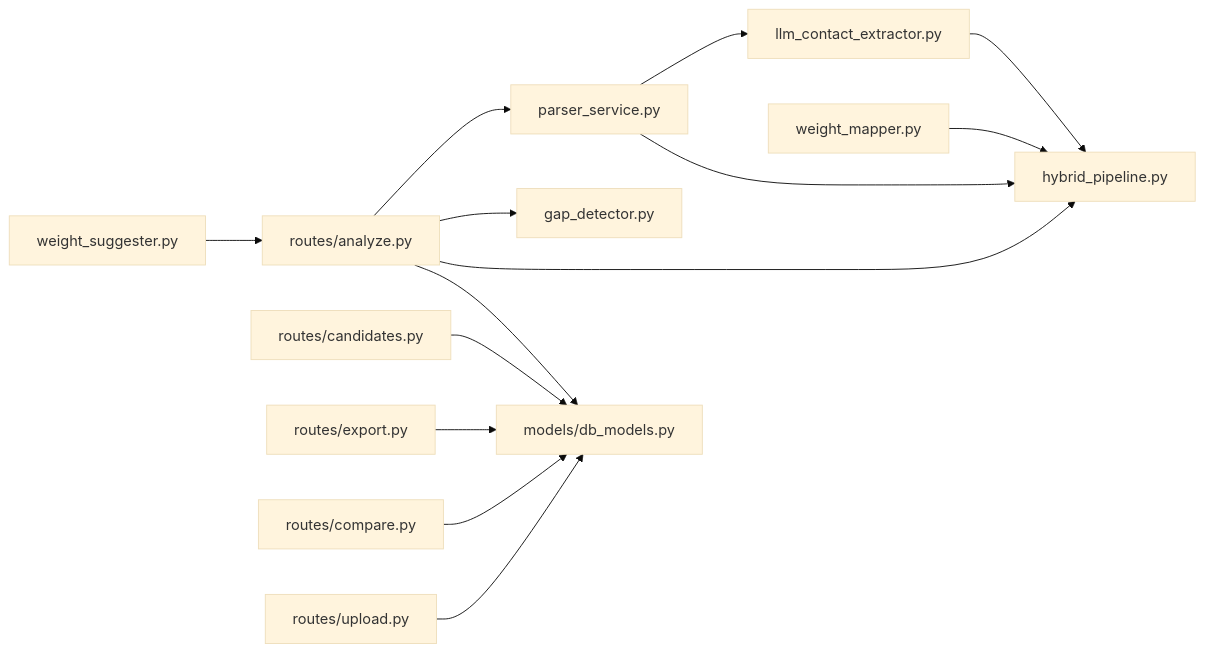
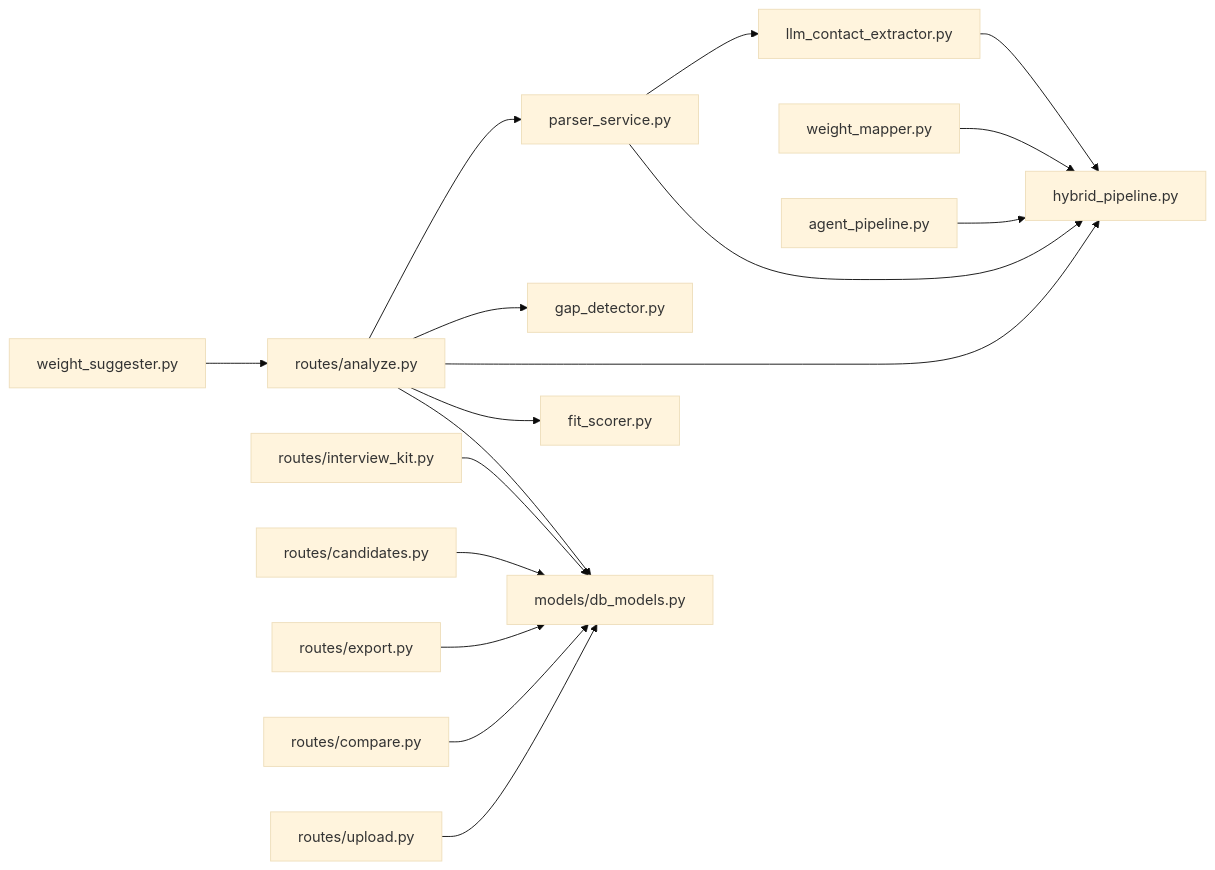
Before and after one commit to Revanththetalogics/aireume: diagram 19 of 19 in .qoder/repowiki/en/content/Candidate Management/Candidate Management.md, drawn with Mermaid (base theme). The commit also changed other lines of this file and 41 other files, not shown here.

````diff
--- a/.qoder/repowiki/en/content/Candidate Management/Candidate Management.md
+++ b/.qoder/repowiki/en/content/Candidate Management/Candidate Management.md
@@ -694,16 +1087,19 @@
 ```mermaid
 graph LR
 PS["parser_service.py"] --> LCE["llm_contact_extractor.py"]
 PS --> HP["hybrid_pipeline.py"]
 LCE --> HP
 WM["weight_mapper.py"] --> HP
 WS["weight_suggester.py"] --> RA["routes/analyze.py"]
 RA --> PS
 RA --> GD["gap_detector.py"]
 RA --> HP
+RA --> FS["fit_scorer.py"]
 RA --> DBM["models/db_models.py"]
+RIK["routes/interview_kit.py"] --> DBM
 RC["routes/candidates.py"] --> DBM
 RE["routes/export.py"] --> DBM
 RCM["routes/compare.py"] --> DBM
 RU["routes/upload.py"] --> DBM
+AP["agent_pipeline.py"] --> HP
 ```
````
